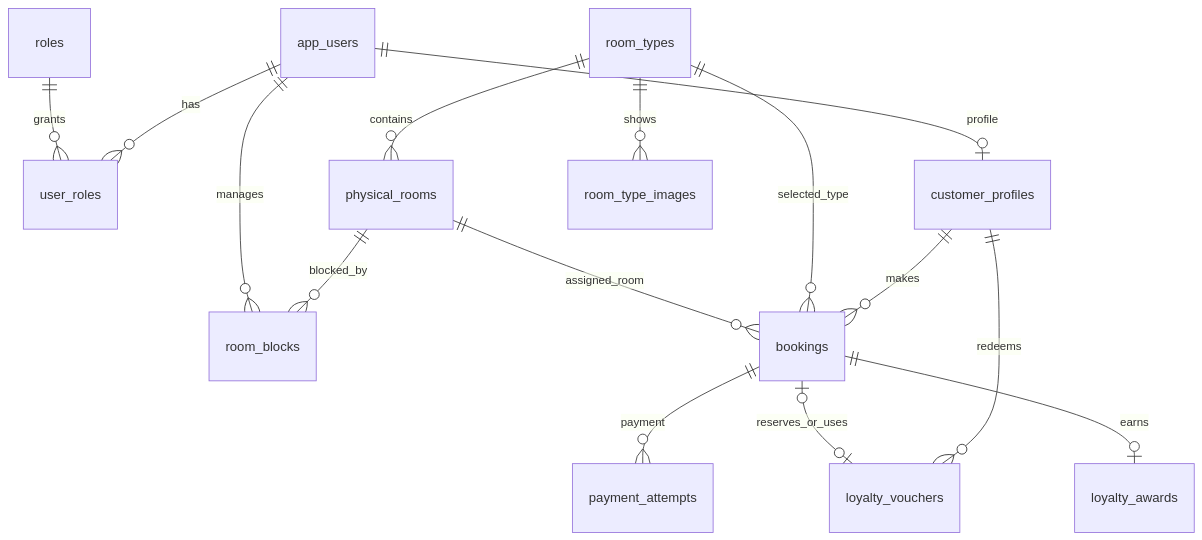
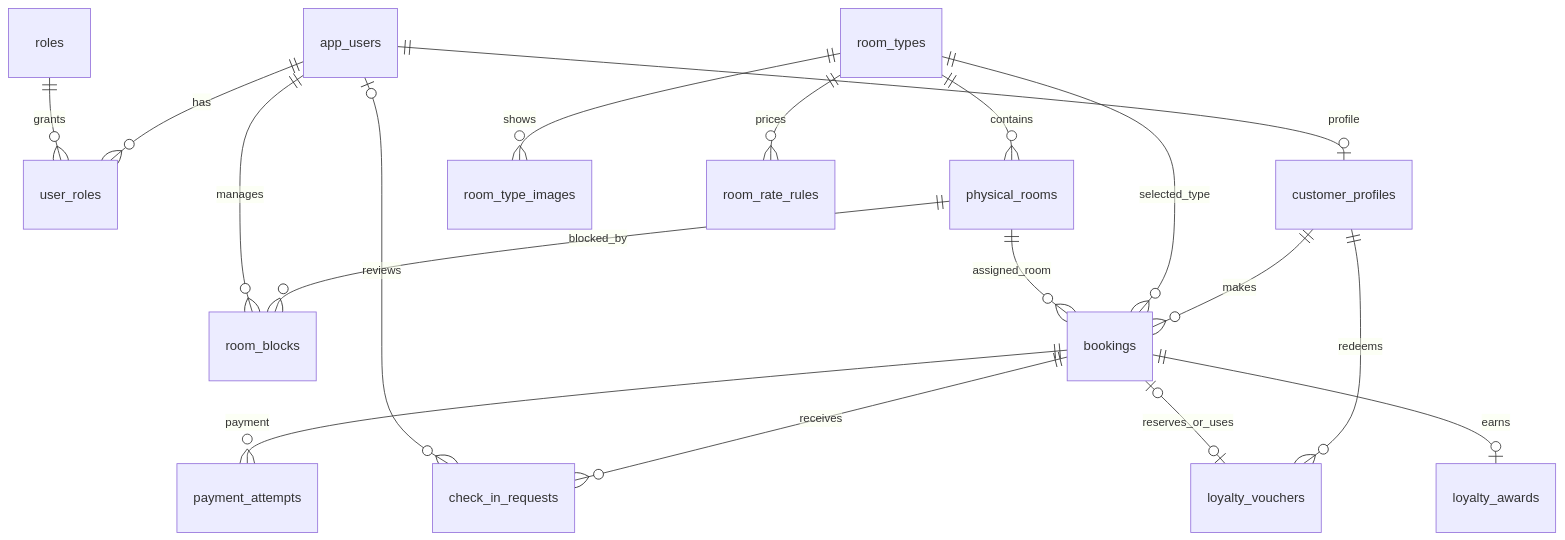
Before and after one commit to BaoLong108/Java03_Prj_HotelManagementSystem: the diagram in docs/database.md, drawn with Mermaid. The commit also changed other lines of this file and 64 other files, not shown here.

Commit message:
BaoLong - Integrate floor map, rate calendar, analytics and online check-in

````diff
--- a/docs/database.md
+++ b/docs/database.md
@@ -7,17 +7,20 @@
 ```mermaid
 erDiagram
     app_users ||--o{ user_roles : has
     roles ||--o{ user_roles : grants
     app_users ||--o| customer_profiles : profile
     room_types ||--o{ physical_rooms : contains
     room_types ||--o{ room_type_images : shows
+    room_types ||--o{ room_rate_rules : prices
     physical_rooms ||--o{ room_blocks : blocked_by
     app_users ||--o{ room_blocks : manages
     customer_profiles ||--o{ bookings : makes
     room_types ||--o{ bookings : selected_type
     physical_rooms ||--o{ bookings : assigned_room
     bookings ||--o{ payment_attempts : payment
+    bookings ||--o{ check_in_requests : receives
+    app_users |o--o{ check_in_requests : reviews
     bookings ||--o| loyalty_awards : earns
     customer_profiles ||--o{ loyalty_vouchers : redeems
     bookings |o--o| loyalty_vouchers : reserves_or_uses
 ```
````
